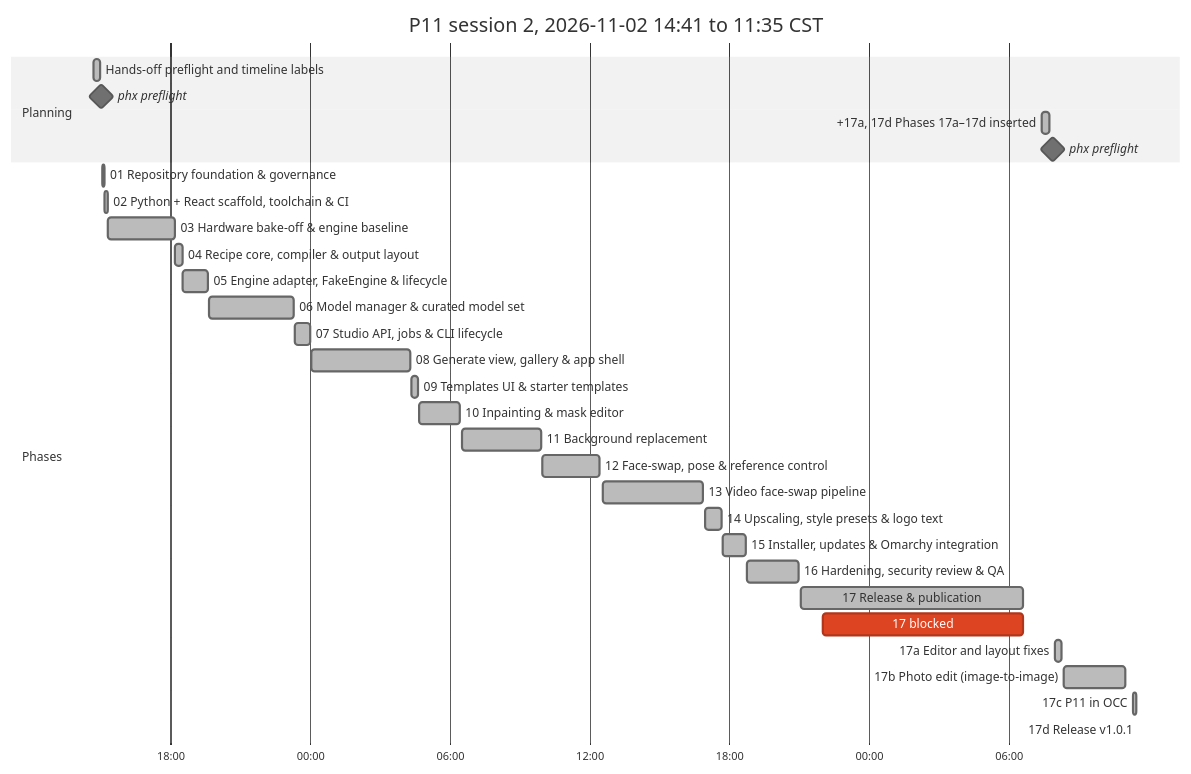
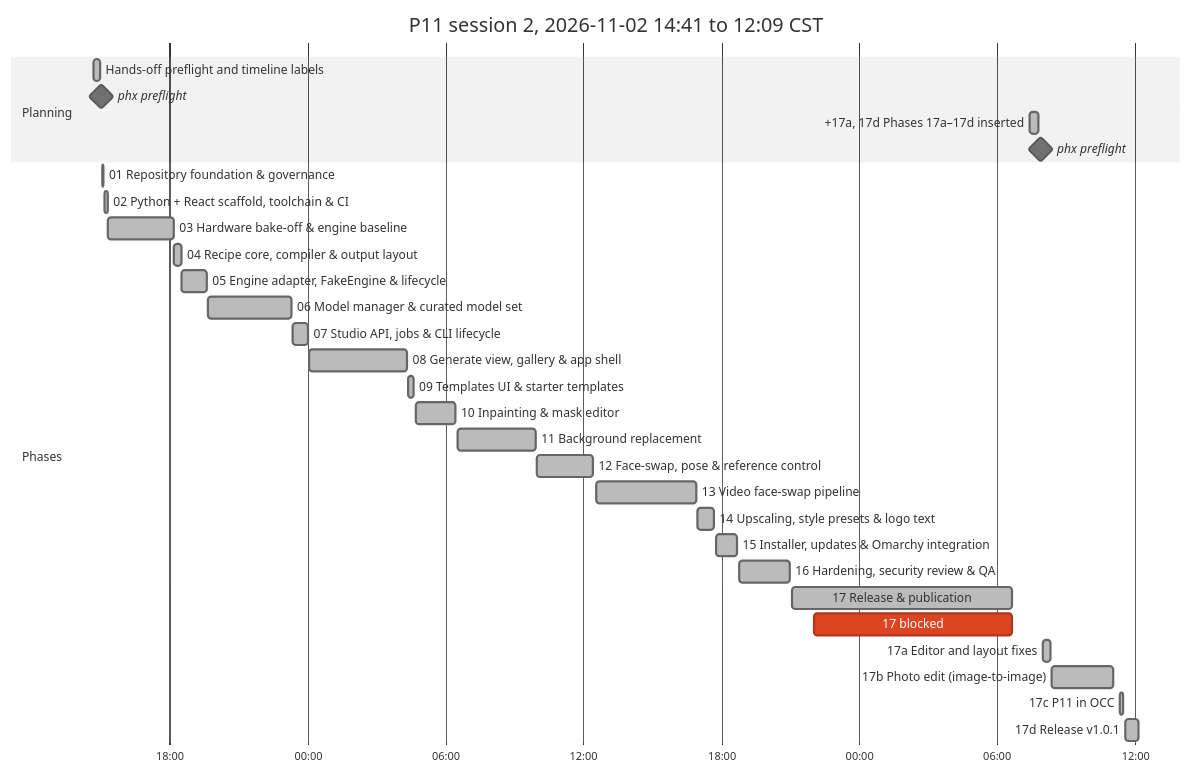
The second of 2 diagrams in P11_IMPLEMENTATION_PLAN.md (antonizick/project1111), drawn with Mermaid (neutral theme) before and after one commit. The commit also changed other lines of this file and 2 other files, not shown here.

Commit message:
docs(plan): close phase 17d and refresh timeline

````diff
--- a/P11_IMPLEMENTATION_PLAN.md
+++ b/P11_IMPLEMENTATION_PLAN.md
@@ -79,34 +79,34 @@
 ```mermaid
 gantt
-    title P11 session 2, 2026-11-02 14:41 to 11:35 CST
+    title P11 session 2, 2026-11-02 14:41 to 12:09 CST
     dateFormat YYYY-MM-DD HH:mm
     axisFormat %H:%M
     section Planning
     Hands-off preflight and timeline labels :done, plan3, 2026-11-02 14:41, 2026-11-02 14:59
     phx preflight :milestone, pf13ee0d5, 2026-11-02 15:00, 0m
     +17a, 17d Phases 17a–17d inserted :done, plan4, 2026-11-04 07:25, 2026-11-04 07:47
     phx preflight :milestone, pf19ebe39, 2026-11-04 07:54, 0m
     section Phases
     01 Repository foundation & governance :done, p01s2, 2026-11-02 15:05, 2026-11-02 15:08
     02 Python + React scaffold, toolchain & CI :done, p02s2, 2026-11-02 15:09, 2026-11-02 15:18
     03 Hardware bake-off & engine baseline :done, p03s2, 2026-11-02 15:19, 2026-11-02 18:10
     04 Recipe core, compiler & output layout :done, p04s2, 2026-11-02 18:12, 2026-11-02 18:30
     05 Engine adapter, FakeEngine & lifecycle :done, p05s2, 2026-11-02 18:32, 2026-11-02 19:37
     06 Model manager & curated model set :done, p06s2, 2026-11-02 19:39, 2026-11-02 23:18
     07 Studio API, jobs & CLI lifecycle :done, p07s2, 2026-11-02 23:21, 2026-11-03 00:00
     08 Generate view, gallery & app shell :done, p08s2, 2026-11-03 00:03, 2026-11-03 04:18
     09 Templates UI & starter templates :done, p09s2, 2026-11-03 04:21, 2026-11-03 04:38
     10 Inpainting & mask editor :done, p10s2, 2026-11-03 04:41, 2026-11-03 06:25
     11 Background replacement :done, p11s2, 2026-11-03 06:31, 2026-11-03 09:55
     12 Face-swap, pose & reference control :done, p12s2, 2026-11-03 09:58, 2026-11-03 12:25
     13 Video face-swap pipeline :done, p13s2, 2026-11-03 12:34, 2026-11-03 16:54
     14 Upscaling, style presets & logo text :done, p14s2, 2026-11-03 16:58, 2026-11-03 17:41
     15 Installer, updates & Omarchy integration :done, p15s2, 2026-11-03 17:45, 2026-11-03 18:42
     16 Hardening, security review & QA :done, p16s2, 2026-11-03 18:46, 2026-11-03 21:00
     17 Release & publication :done, p17s2, 2026-11-03 21:04, 2026-11-04 06:39
     17 blocked :crit, p17w1s2, 2026-11-03 22:01, 2026-11-04 06:38
     17a Editor and layout fixes :done, p17as2, 2026-11-04 07:59, 2026-11-04 08:18
     17b Photo edit (image-to-image) :done, p17bs2, 2026-11-04 08:22, 2026-11-04 11:02
     17c P11 in OCC :done, p17cs2, 2026-11-04 11:21, 2026-11-04 11:30
-    17d Release v1.0.1 :active, p17ds2, 2026-11-04 11:35, 2026-11-04 11:36
+    17d Release v1.0.1 :done, p17ds2, 2026-11-04 11:35, 2026-11-04 12:09
 ```
````
